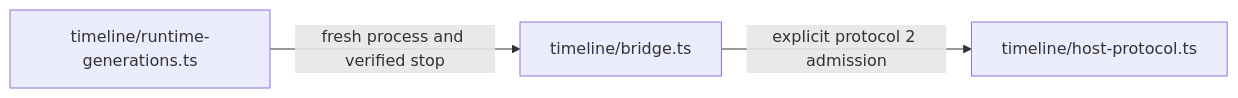
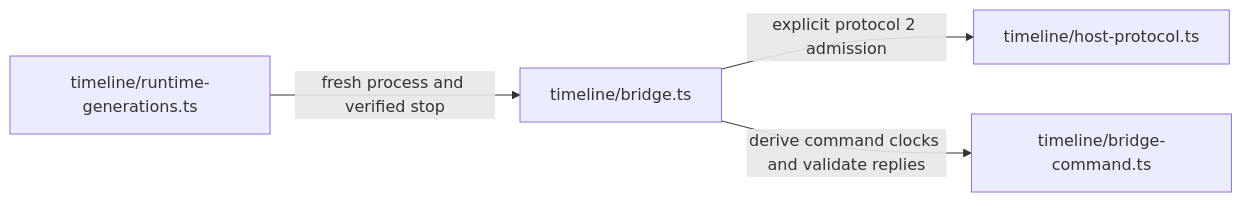
Diagram 21 of 53 in workbench/docs/source-map.md (sproates/zooglass), drawn with Mermaid before and after one commit. The commit also changed other lines of this file and 4 other files, not shown here.

Commit message:
Separate bridge command preparation and reply validation

````diff
--- a/workbench/docs/source-map.md
+++ b/workbench/docs/source-map.md
@@ -753,5 +753,6 @@
 ```mermaid
 flowchart LR
   generations["timeline/runtime-generations.ts"] -->|fresh process and verified stop| bridge["timeline/bridge.ts"]
   bridge -->|explicit protocol 2 admission| protocol["timeline/host-protocol.ts"]
+  bridge -->|derive command clocks and validate replies| command["timeline/bridge-command.ts"]
 ```
````
